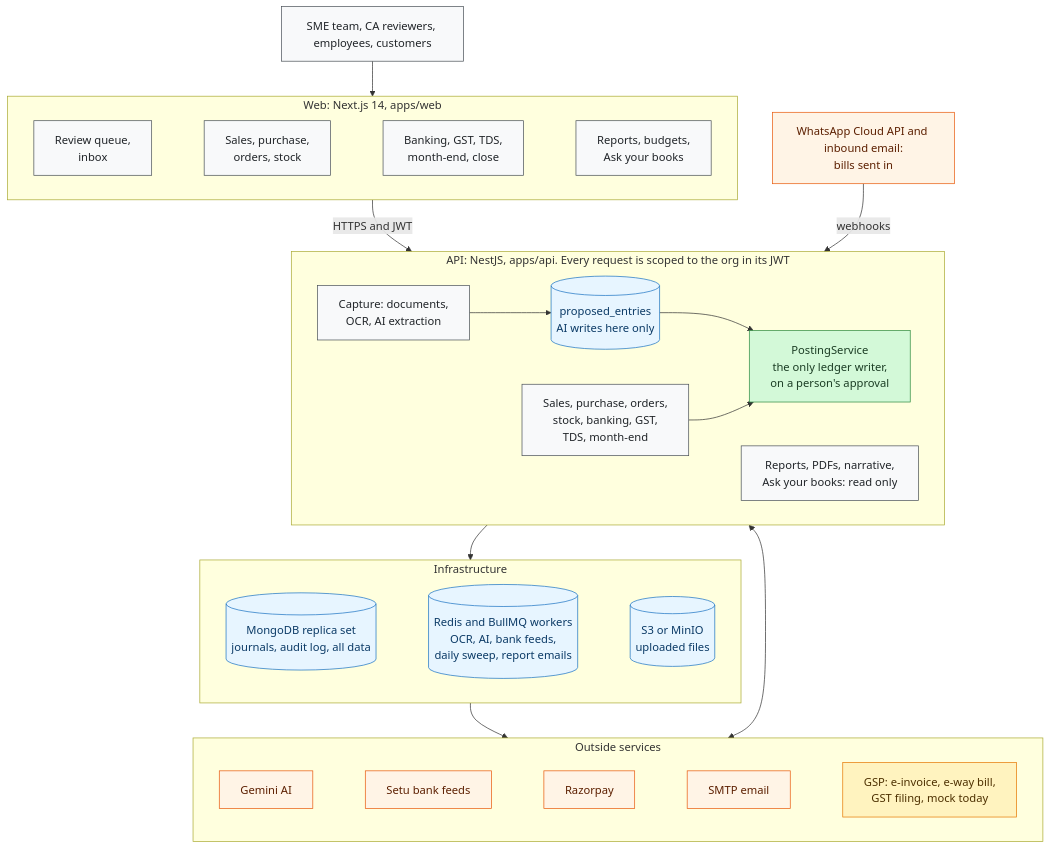
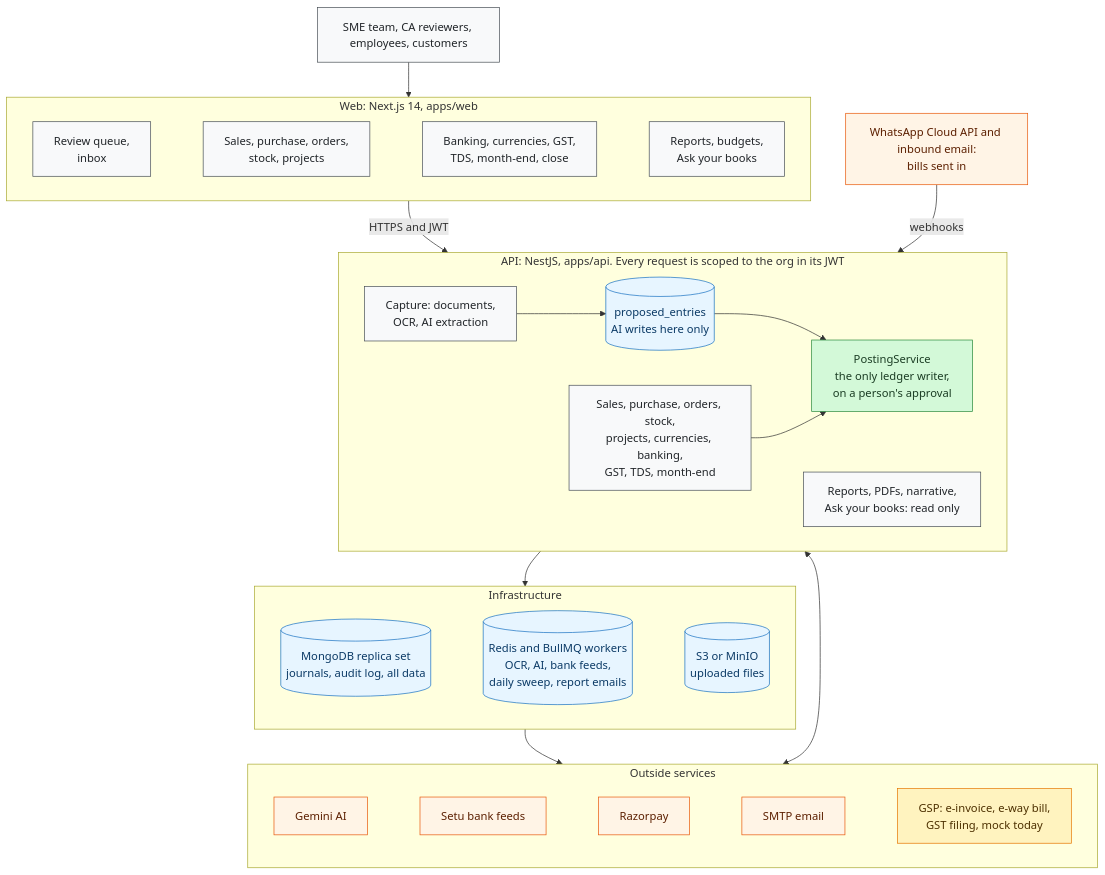
One commit to onewebmart/AccountingAI changed the first of 2 diagrams in README.md. Above: the diagram before and after it, drawn with Mermaid. The commit also changed 1 other file, not shown here.

Commit message:
docs: diagrams and README show Phase 9 built — projects and currencies

````diff
--- a/README.md
+++ b/README.md
@@ -11,56 +11,56 @@
 ```mermaid
 flowchart TB
   classDef app fill:#F8F9FA,stroke:#495057,color:#212529
   classDef ledger fill:#D3F9D8,stroke:#2B8A3E,color:#1B3D24
   classDef store fill:#E7F5FF,stroke:#1971C2,color:#0B3A66
   classDef ext fill:#FFF4E6,stroke:#E8590C,color:#5C1F00
   classDef partly fill:#FFF3BF,stroke:#E67700,color:#4D3000
 
   users["SME team, CA reviewers, employees, customers"]:::app
   inbound["WhatsApp Cloud API and inbound email:<br/>bills sent in"]:::ext
 
   subgraph web["Web: Next.js 14, apps/web"]
     direction LR
     w1["Review queue,<br/>inbox"]:::app
-    w2["Sales, purchase,<br/>orders, stock"]:::app
-    w3["Banking, GST, TDS,<br/>month-end, close"]:::app
+    w2["Sales, purchase, orders,<br/>stock, projects"]:::app
+    w3["Banking, currencies, GST,<br/>TDS, month-end, close"]:::app
     w4["Reports, budgets,<br/>Ask your books"]:::app
     w1 ~~~ w2 ~~~ w3 ~~~ w4
   end
 
   subgraph api["API: NestJS, apps/api. Every request is scoped to the org in its JWT"]
     direction LR
     capture["Capture: documents,<br/>OCR, AI extraction"]:::app
     proposals[("proposed_entries<br/>AI writes here only")]:::store
-    domain["Sales, purchase, orders,<br/>stock, banking, GST,<br/>TDS, month-end"]:::app
+    domain["Sales, purchase, orders, stock,<br/>projects, currencies, banking,<br/>GST, TDS, month-end"]:::app
     posting["PostingService<br/>the only ledger writer,<br/>on a person's approval"]:::ledger
     reports["Reports, PDFs, narrative,<br/>Ask your books: read only"]:::app
     capture --> proposals --> posting
     domain --> posting
   end
 
   subgraph infra["Infrastructure"]
     direction LR
     mongo[("MongoDB replica set<br/>journals, audit log, all data")]:::store
     redis[("Redis and BullMQ workers<br/>OCR, AI, bank feeds,<br/>daily sweep, report emails")]:::store
     s3[("S3 or MinIO<br/>uploaded files")]:::store
     mongo ~~~ redis ~~~ s3
   end
 
   subgraph outside["Outside services"]
     direction LR
     gemini["Gemini AI"]:::ext
     setu["Setu bank feeds"]:::ext
     razorpay["Razorpay"]:::ext
     smtp["SMTP email"]:::ext
     gsp["GSP: e-invoice, e-way bill,<br/>GST filing, mock today"]:::partly
     gemini ~~~ setu ~~~ razorpay ~~~ smtp ~~~ gsp
   end
 
   users --> web
   web -->|"HTTPS and JWT"| api
   inbound -->|webhooks| api
   api --> infra
   infra --> outside
   api <--> outside
 ```
````
